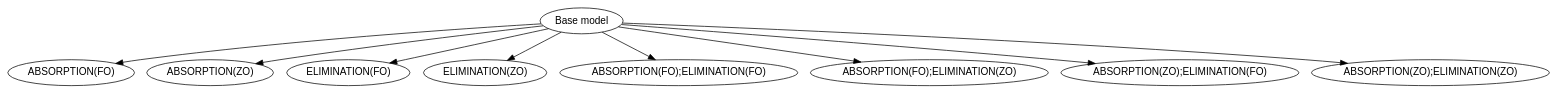
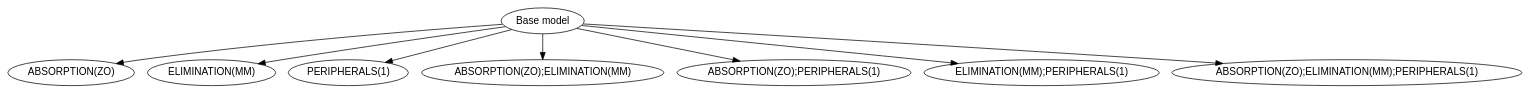
One commit to pharmpy/pharmpy changed the first of 2 diagrams in docs/modelsearch.rst. Above: the diagram before and after it, drawn with Graphviz. The commit also changed other lines of this file, not shown here.

Commit message:
Add example graph for exhaustive stepwise search

```diff
--- a/docs/modelsearch.rst
+++ b/docs/modelsearch.rst
@@ -98,22 +98,20 @@
 .. graphviz::
 
     digraph BST {
         node [fontname="Arial"];
         base [label="Base model"]
-        s1 [label="ABSORPTION(FO)"]
-        s2 [label="ABSORPTION(ZO)"]
-        s3 [label="ELIMINATION(FO)"]
-        s4 [label="ELIMINATION(ZO)"]
-        s5 [label="ABSORPTION(FO);ELIMINATION(FO)"]
-        s6 [label="ABSORPTION(FO);ELIMINATION(ZO)"]
-        s7 [label="ABSORPTION(ZO);ELIMINATION(FO)"]
-        s8 [label="ABSORPTION(ZO);ELIMINATION(ZO)"]
+        s1 [label="ABSORPTION(ZO)"]
+        s2 [label="ELIMINATION(MM)"]
+        s3 [label="PERIPHERALS(1)"]
+        s4 [label="ABSORPTION(ZO);ELIMINATION(MM)"]
+        s5 [label="ABSORPTION(ZO);PERIPHERALS(1)"]
+        s6 [label="ELIMINATION(MM);PERIPHERALS(1)"]
+        s7 [label="ABSORPTION(ZO);ELIMINATION(MM);PERIPHERALS(1)"]
         base -> s1
         base -> s2
         base -> s3
         base -> s4
         base -> s5
         base -> s6
         base -> s7
-        base -> s8
     }
```
